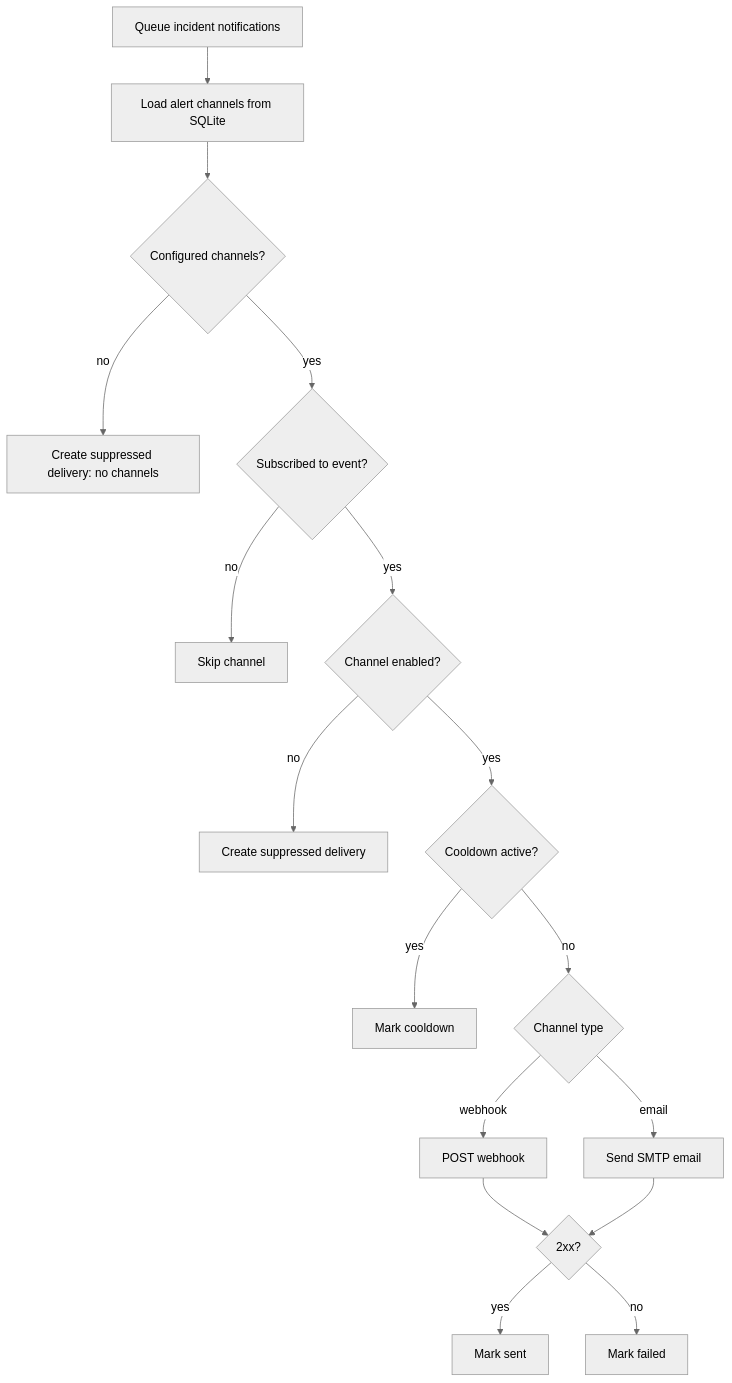
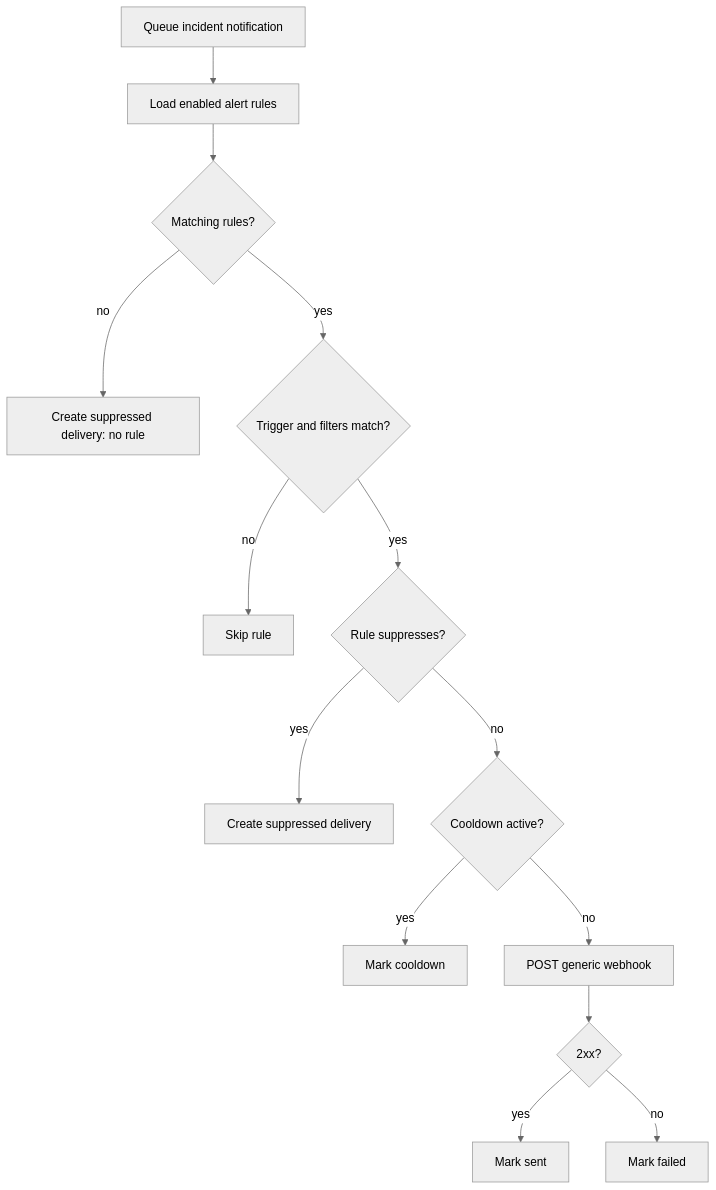
One commit to sunday-studio/orion changed the fourth of 4 diagrams in docs/architecture/core-features.md. Above: the diagram before and after it, drawn with Mermaid (neutral theme). The commit also changed other lines of this file and 39 other files, not shown here.

First line of the commit message:
feat(alerts): simplify webhook rules (#2)

````diff
--- a/docs/architecture/core-features.md
+++ b/docs/architecture/core-features.md
@@ -145,19 +146,16 @@
 ```mermaid
 flowchart TD
-  Queue["Queue incident notifications"] --> LoadChannels["Load alert channels from SQLite"]
-  LoadChannels --> Channels{"Configured channels?"}
-  Channels -- "no" --> Suppressed["Create suppressed delivery: no channels"]
-  Channels -- "yes" --> Subscribed{"Subscribed to event?"}
-  Subscribed -- "no" --> Skip["Skip channel"]
-  Subscribed -- "yes" --> Enabled{"Channel enabled?"}
-  Enabled -- "no" --> Disabled["Create suppressed delivery"]
-  Enabled -- "yes" --> Cooldown{"Cooldown active?"}
+  Queue["Queue incident notification"] --> LoadRules["Load enabled alert rules"]
+  LoadRules --> Rules{"Matching rules?"}
+  Rules -- "no" --> Suppressed["Create suppressed delivery: no rule"]
+  Rules -- "yes" --> Filters{"Trigger and filters match?"}
+  Filters -- "no" --> Skip["Skip rule"]
+  Filters -- "yes" --> Suppress{"Rule suppresses?"}
+  Suppress -- "yes" --> SuppressedRule["Create suppressed delivery"]
+  Suppress -- "no" --> Cooldown{"Cooldown active?"}
   Cooldown -- "yes" --> CooldownDelivery["Mark cooldown"]
-  Cooldown -- "no" --> Type{"Channel type"}
-  Type -- "webhook" --> Webhook["POST webhook"]
-  Type -- "email" --> Email["Send SMTP email"]
+  Cooldown -- "no" --> Webhook["POST generic webhook"]
   Webhook --> Sent{"2xx?"}
-  Email --> Sent
   Sent -- "yes" --> MarkSent["Mark sent"]
   Sent -- "no" --> MarkFailed["Mark failed"]
 ```
````
